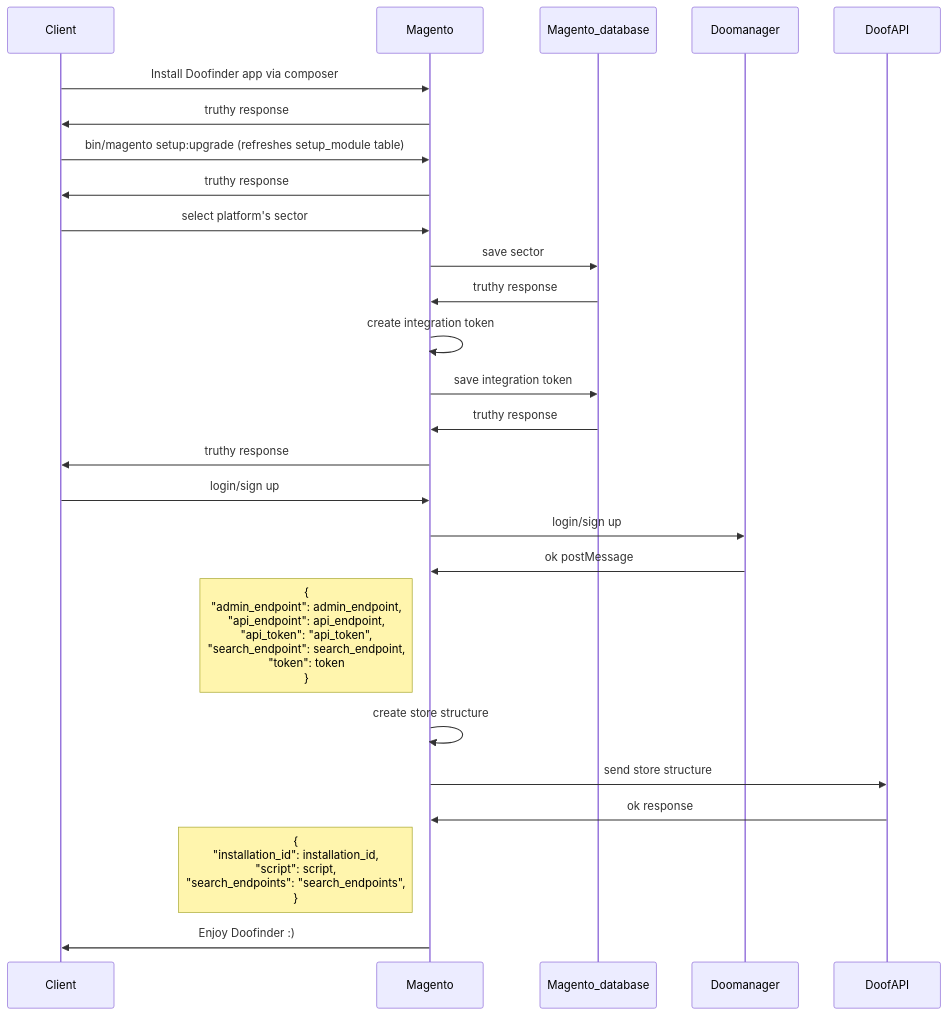
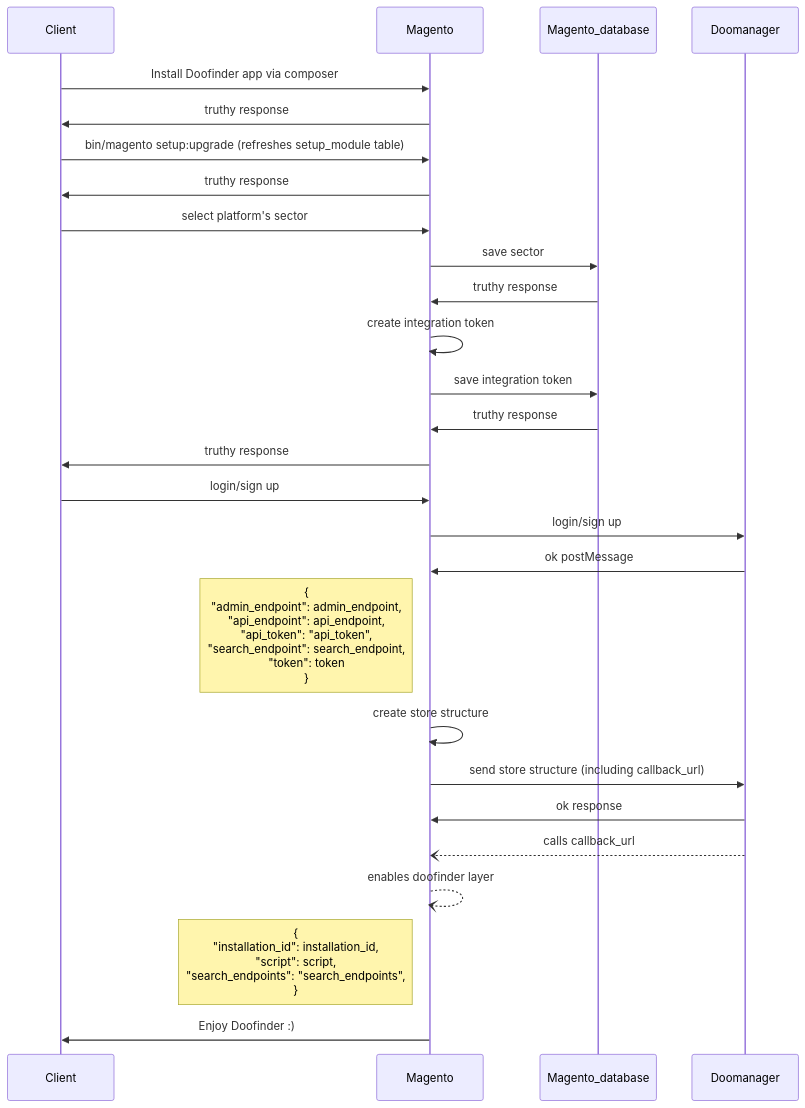
The diagram in magento_architecture.md (doofinder/doofinder-magento2), drawn with Mermaid before and after one commit.

Commit message:
Updated magento's architecture diagram

````diff
--- a/magento_architecture.md
+++ b/magento_architecture.md
@@ -14,23 +14,25 @@
 ```mermaid
 sequenceDiagram
   Client ->> Magento: Install Doofinder app via composer
   Magento ->> Client: truthy response
   Client ->> Magento: bin/magento setup:upgrade (refreshes setup_module table)
   Magento ->> Client: truthy response
   Client ->> Magento: select platform's sector
   Magento ->> Magento_database: save sector
   Magento_database ->> Magento: truthy response
   Magento ->> Magento: create integration token
   Magento ->> Magento_database: save integration token
   Magento_database ->> Magento: truthy response
   Magento ->> Client: truthy response
   Client ->> Magento: login/sign up
   Magento ->> Doomanager: login/sign up
   Doomanager ->> Magento: ok postMessage
   Note left of Magento: {<br/>"admin_endpoint": admin_endpoint,<br/>"api_endpoint": api_endpoint,<br/>"api_token": "api_token",<br/>"search_endpoint": search_endpoint,<br/>"token": token<br/>}
   Magento ->> Magento: create store structure
-  Magento ->> DoofAPI: send store structure
-  DoofAPI ->> Magento: ok response
+  Magento ->> Doomanager: send store structure (including callback_url)
+  Doomanager ->> Magento: ok response
+  Doomanager --) Magento: calls callback_url
+  Magento --) Magento: enables doofinder layer
   Note left of Magento: {<br/>"installation_id": installation_id,<br/>"script": script,<br/>"search_endpoints": "search_endpoints",<br/>}
   Magento ->> Client: Enjoy Doofinder :)
 ```
````
